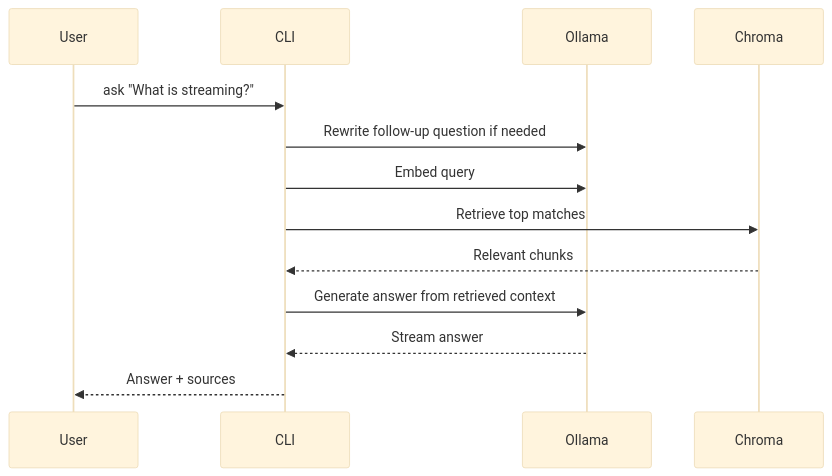
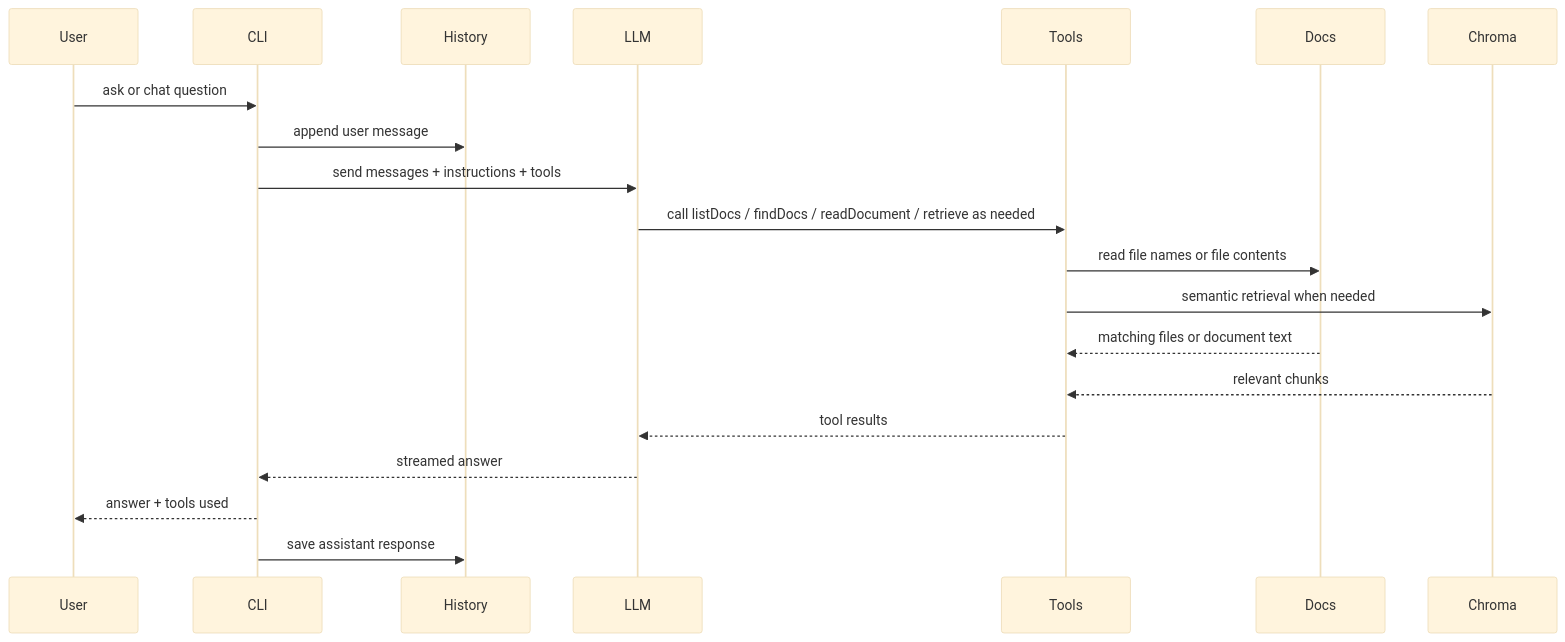
Before and after one commit to subhamBharadwaz/dev-docs: the third of 3 diagrams in README.md, drawn with Mermaid (base theme). The commit also changed other lines of this file and 16 other files, not shown here.

First line of the commit message:
feat: add tool-aware documentation chat

````diff
--- a/README.md
+++ b/README.md
@@ -44,16 +50,23 @@
 ```mermaid
 sequenceDiagram
     participant User
     participant CLI
-    participant Ollama
+    participant History
+    participant LLM
+    participant Tools
+    participant Docs
     participant Chroma
 
-    User->>CLI: ask "What is streaming?"
-    CLI->>Ollama: Rewrite follow-up question if needed
-    CLI->>Ollama: Embed query
-    CLI->>Chroma: Retrieve top matches
-    Chroma-->>CLI: Relevant chunks
-    CLI->>Ollama: Generate answer from retrieved context
-    Ollama-->>CLI: Stream answer
-    CLI-->>User: Answer + sources
+    User->>CLI: ask or chat question
+    CLI->>History: append user message
+    CLI->>LLM: send messages + instructions + tools
+    LLM->>Tools: call listDocs / findDocs / readDocument / retrieve as needed
+    Tools->>Docs: read file names or file contents
+    Tools->>Chroma: semantic retrieval when needed
+    Docs-->>Tools: matching files or document text
+    Chroma-->>Tools: relevant chunks
+    Tools-->>LLM: tool results
+    LLM-->>CLI: streamed answer
+    CLI-->>User: answer + tools used
+    CLI->>History: save assistant response
 ```
````
